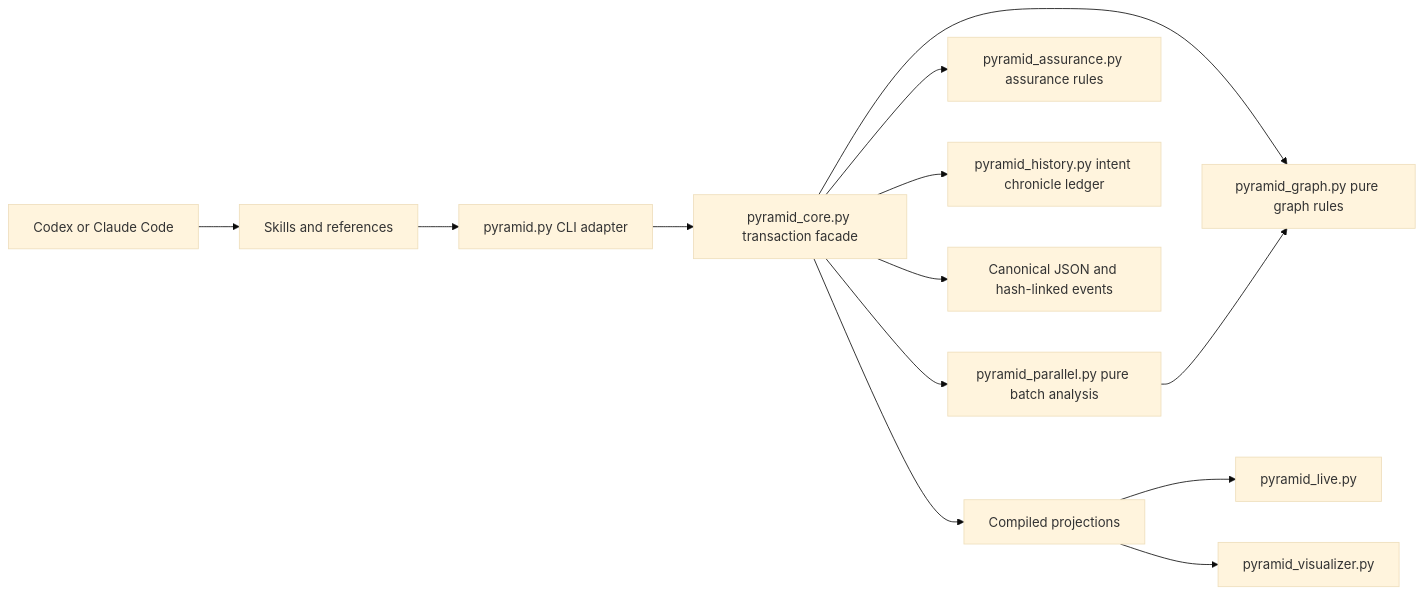
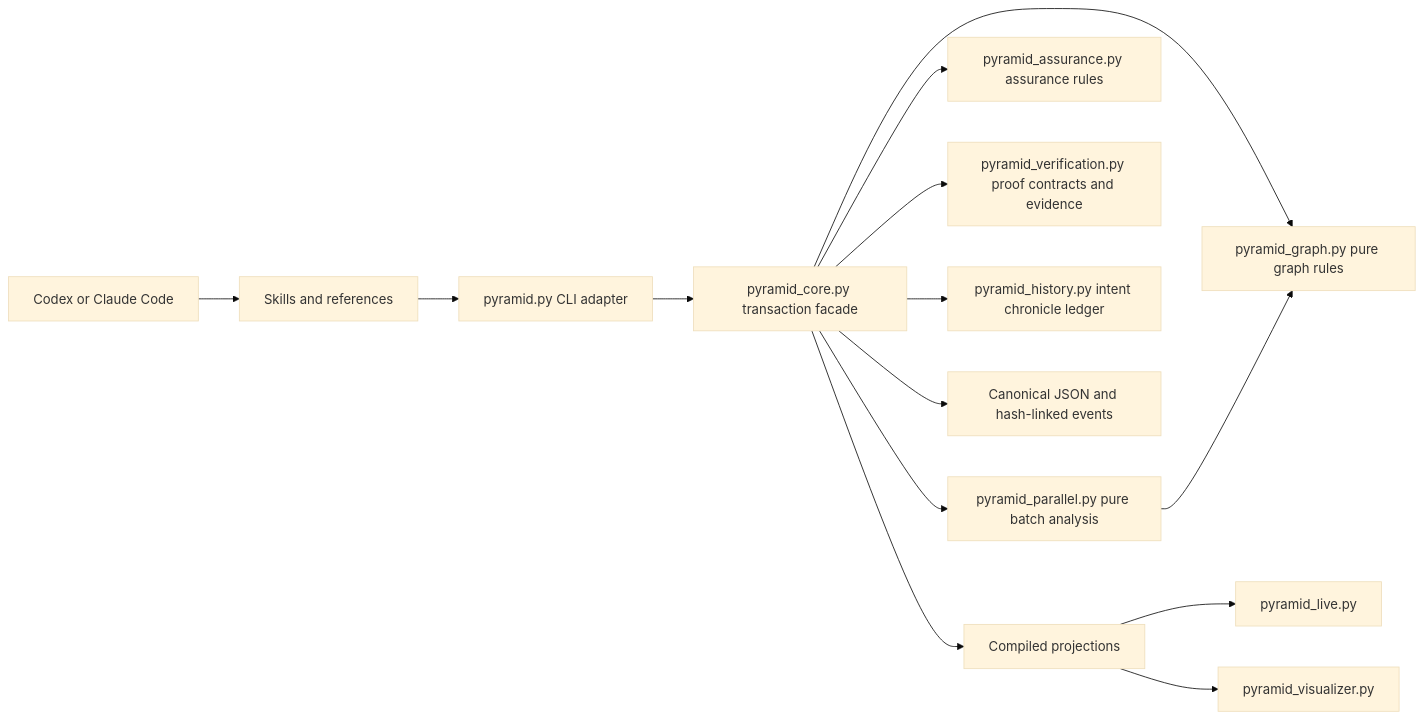
The first of 2 diagrams in docs/architecture.md (KMerdan/pyramid-task), drawn with Mermaid (base theme) before and after one commit. The commit also changed other lines of this file and 35 other files, not shown here.

````diff
--- a/docs/architecture.md
+++ b/docs/architecture.md
@@ -13,15 +13,16 @@
 ```mermaid
 flowchart LR
     H["Codex or Claude Code"] --> K["Skills and references"]
     K --> CLI["pyramid.py CLI adapter"]
     CLI --> CORE["pyramid_core.py transaction facade"]
     CORE --> GRAPH["pyramid_graph.py pure graph rules"]
     CORE --> PAR["pyramid_parallel.py pure batch analysis"]
     PAR --> GRAPH
     CORE --> ASSURE["pyramid_assurance.py assurance rules"]
+    CORE --> PROOF["pyramid_verification.py proof contracts and evidence"]
     CORE --> HISTORY["pyramid_history.py intent chronicle ledger"]
     CORE --> STORE["Canonical JSON and hash-linked events"]
     CORE --> VIEW["Compiled projections"]
     VIEW --> LIVE["pyramid_live.py"]
     VIEW --> VIS["pyramid_visualizer.py"]
 ```
````
